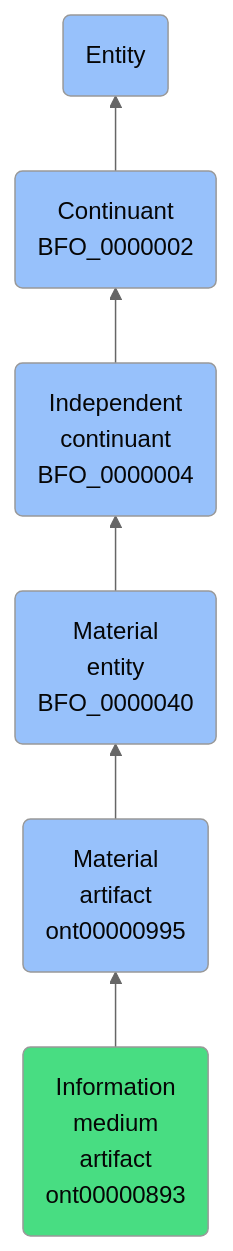
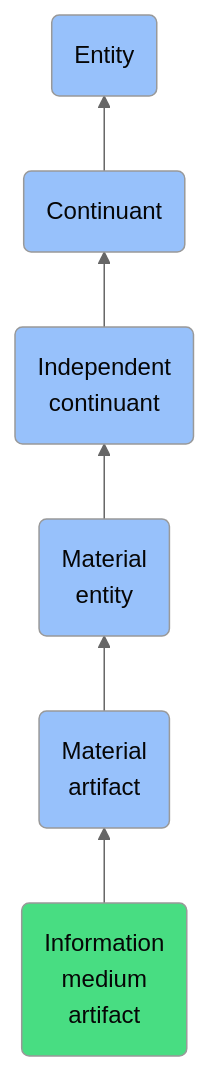
One commit to jupyter-naas/abi changed the diagram in docs/ontology/reference/model/Entity/Continuant/Independent continuant/Material entity/Material artifact/Information medium artifact/Information medium artifact.md. Above: the diagram before and after it, drawn with Mermaid (neutral theme). The commit also changed other lines of this file and 1430 other files, not shown here.

````diff
--- a/docs/ontology/reference/model/Entity/Continuant/Independent continuant/Material entity/Material artifact/Information medium artifact/Information medium artifact.md
+++ b/docs/ontology/reference/model/Entity/Continuant/Independent continuant/Material entity/Material artifact/Information medium artifact/Information medium artifact.md
@@ -25,13 +25,13 @@
 ```mermaid
 graph BT
-    ont00000893(Information<br>medium<br>artifact<br>ont00000893):::ABI-->ont00000995
-    ont00000995(Material<br>artifact<br>ont00000995):::BFO-->BFO_0000040
-    BFO_0000040(Material<br>entity<br>BFO_0000040):::BFO-->BFO_0000004
-    BFO_0000004(Independent<br>continuant<br>BFO_0000004):::BFO-->BFO_0000002
-    BFO_0000002(Continuant<br>BFO_0000002):::BFO-->BFO_0000001
+    ont00000893(Information<br>medium<br>artifact):::ABI-->ont00000995
+    ont00000995(Material<br>artifact):::BFO-->BFO_0000040
+    BFO_0000040(Material<br>entity):::BFO-->BFO_0000004
+    BFO_0000004(Independent<br>continuant):::BFO-->BFO_0000002
+    BFO_0000002(Continuant):::BFO-->BFO_0000001
     BFO_0000001(Entity):::BFO
     
     classDef BFO fill:#97c1fb,color:#060606
     classDef CCO fill:#e4c51e,color:#060606
     classDef ABI fill:#48DD82,color:#060606
 ```
````
